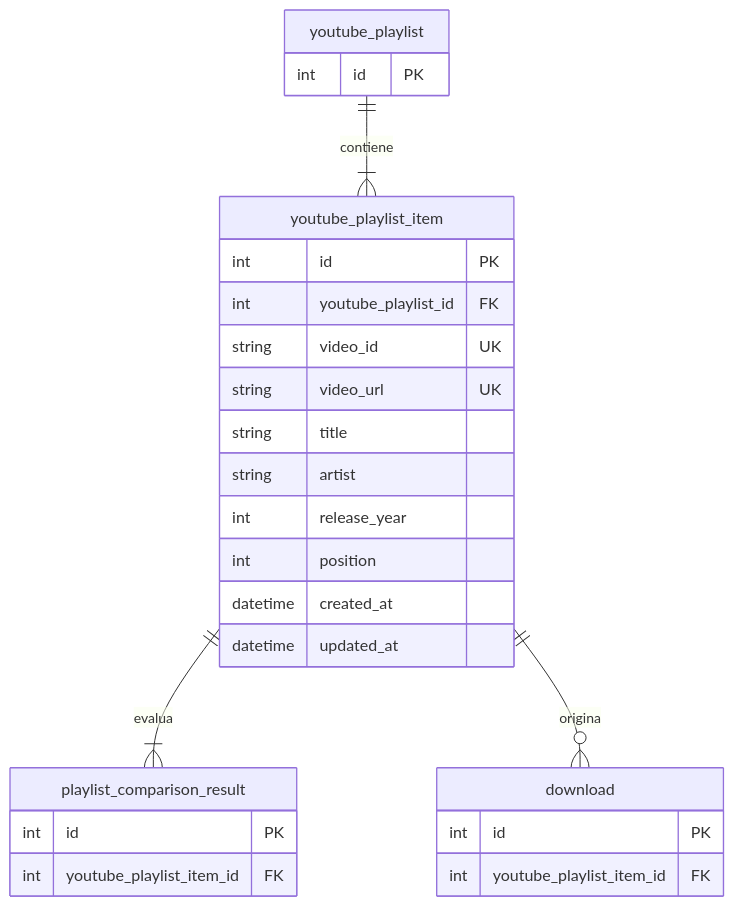
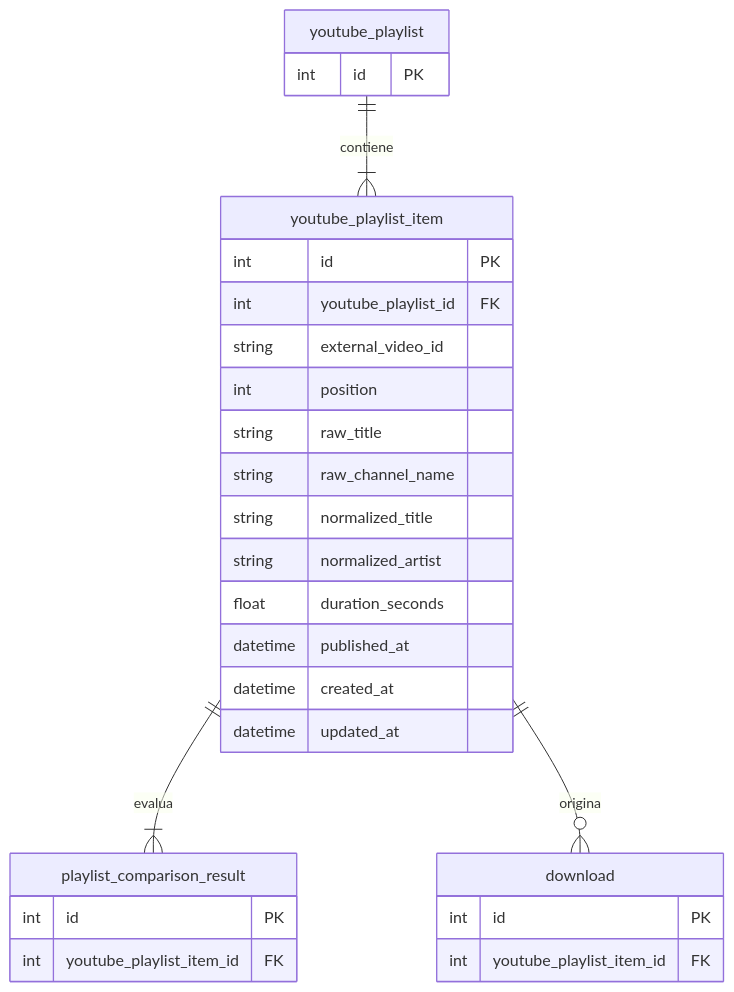
One commit to AngelRagel05/AppMusic changed the diagram in doc/bbdd/tables/youtubePlaylistItem.md. Above: the diagram before and after it, drawn with Mermaid. The commit also changed other lines of this file and 17 other files, not shown here.

````diff
--- a/doc/bbdd/tables/youtubePlaylistItem.md
+++ b/doc/bbdd/tables/youtubePlaylistItem.md
@@ -36,33 +44,35 @@
 ```mermaid
 erDiagram
     youtube_playlist_item {
         int id PK
         int youtube_playlist_id FK
-        string video_id UK
-        string video_url UK
-        string title
-        string artist
-        int release_year
+        string external_video_id
         int position
+        string raw_title
+        string raw_channel_name
+        string normalized_title
+        string normalized_artist
+        float duration_seconds
+        datetime published_at
         datetime created_at
         datetime updated_at
     }
 
     youtube_playlist {
         int id PK
     }
 
     playlist_comparison_result {
         int id PK
         int youtube_playlist_item_id FK
     }
 
     download {
         int id PK
         int youtube_playlist_item_id FK
     }
 
     youtube_playlist ||--|{ youtube_playlist_item : contiene
     youtube_playlist_item ||--|{ playlist_comparison_result : evalua
     youtube_playlist_item ||--o{ download : origina
 ```
````
